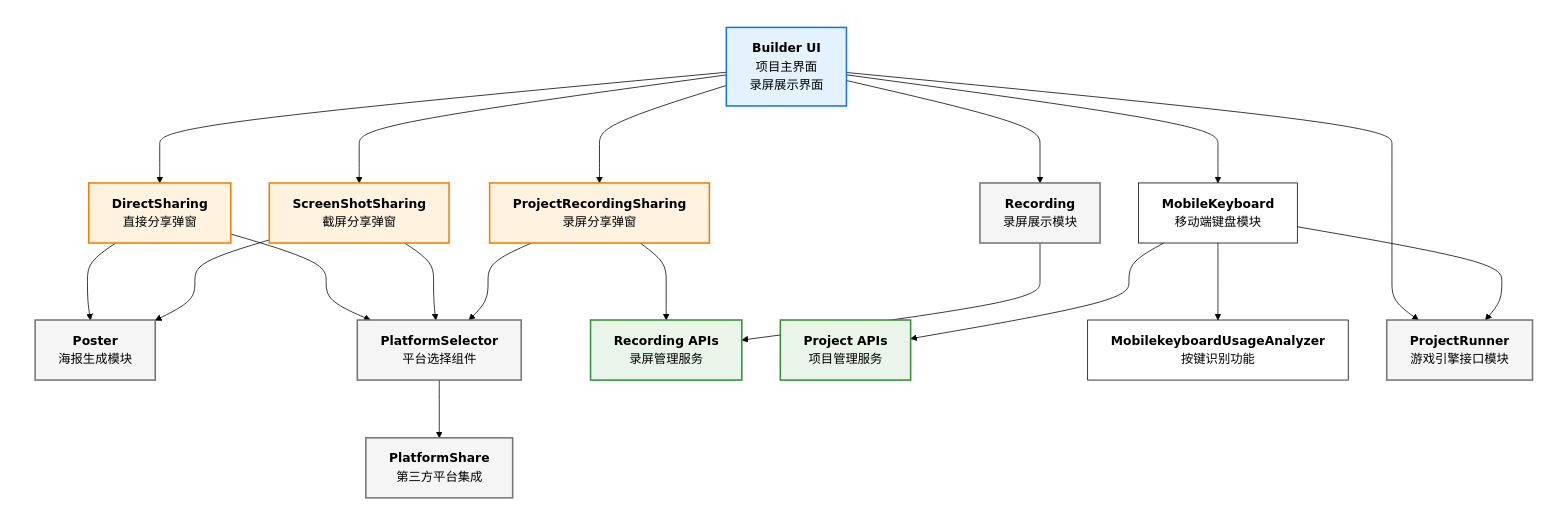
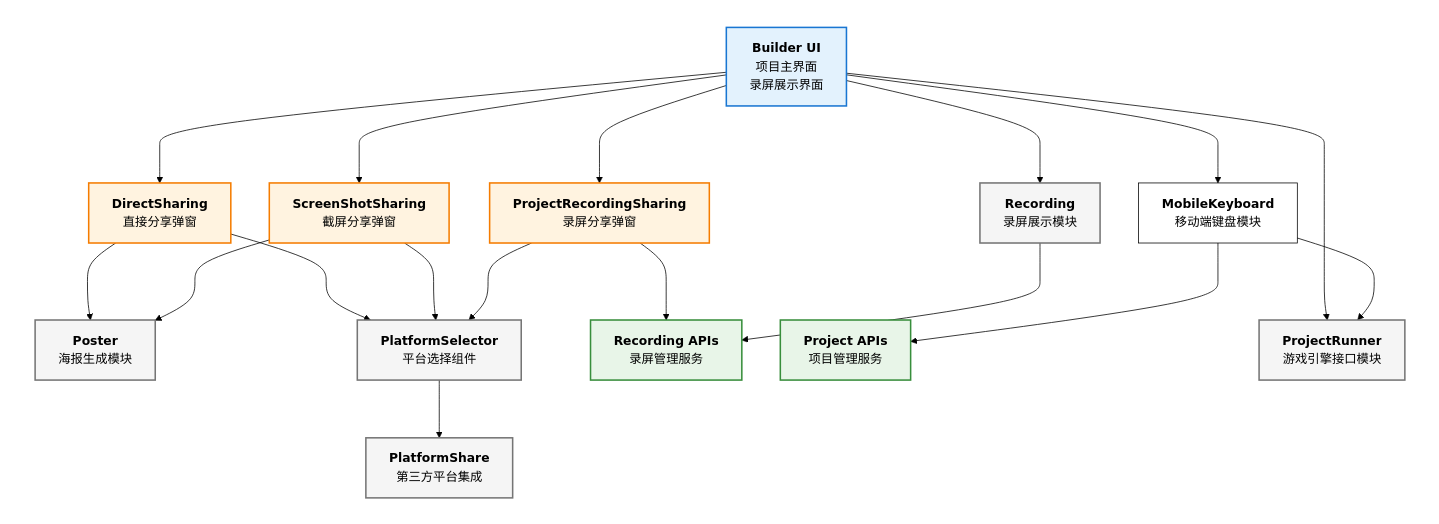
The diagram in docs/develop/share/index.md (goplus/builder), drawn with Mermaid before and after one commit. The commit also changed other lines of this file and 3 other files, not shown here.

```diff
--- a/docs/develop/share/index.md
+++ b/docs/develop/share/index.md
@@ -102,9 +96,6 @@
     subgraph FunctionLayer["功能模块层"]
         MobileKeyboard["`**MobileKeyboard**
         移动端键盘模块`"]
-
-        MobilekeyboardUsageAnalyzer["`**MobilekeyboardUsageAnalyzer**
-        按键识别功能`"]
 
         ProjectRunner["`**ProjectRunner**
         游戏引擎接口模块`"]
@@ -160,7 +151,6 @@
     %% 功能模块间连接
     MobileKeyboard --> ProjectRunner
     MobileKeyboard --> ProjectAPIs
-    MobileKeyboard --> MobilekeyboardUsageAnalyzer
 
     %% 分享流程连接
     DirectSharing --> PlatformSelector
```
